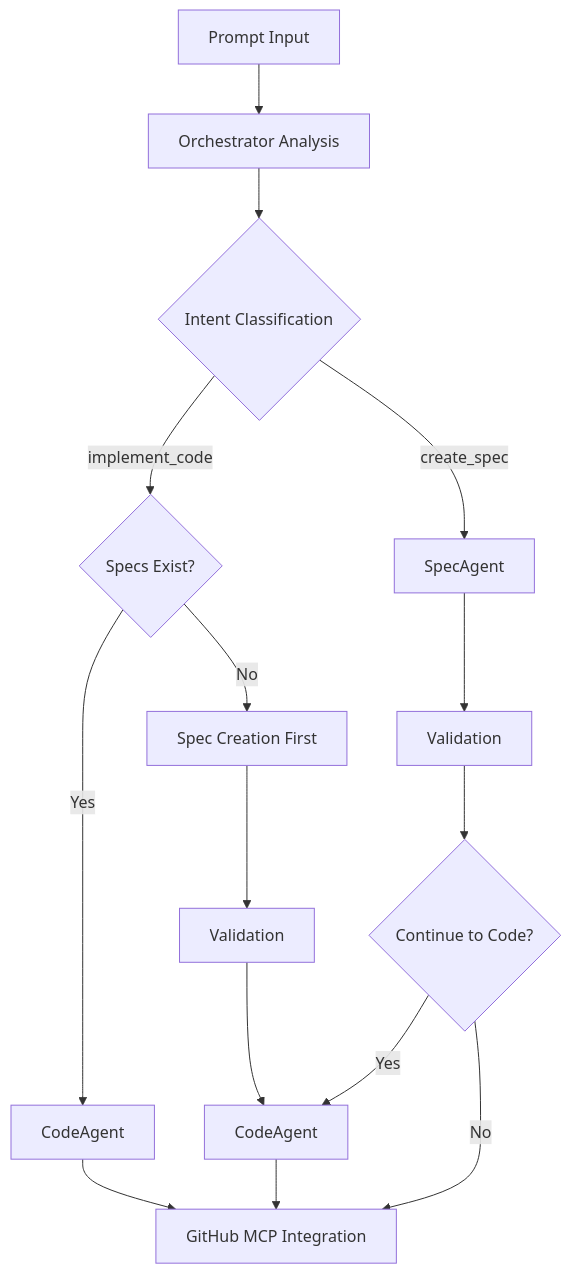
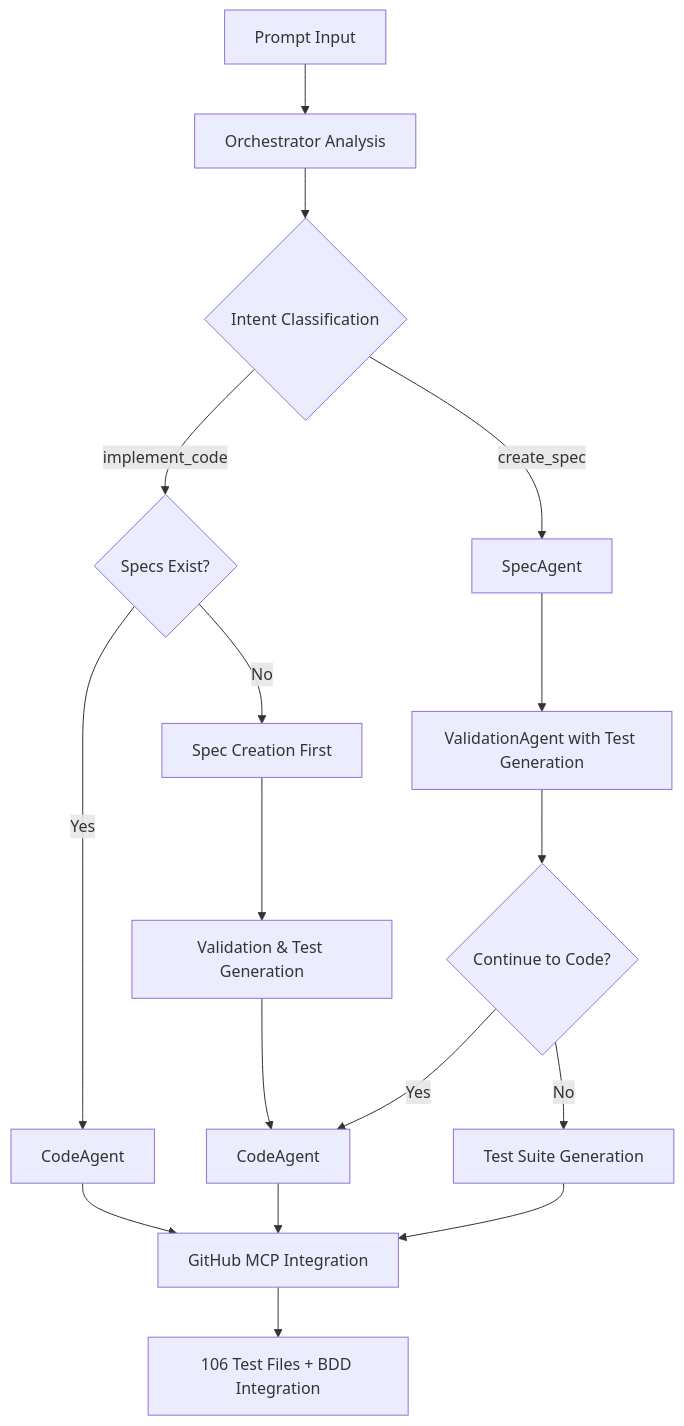
One commit to vrushalisarfare/PromptToProduct changed the second of 2 diagrams in README.md. Above: the diagram before and after it, drawn with Mermaid. The commit also changed other lines of this file, not shown here.

First line of the commit message:
docs(readme): add enhanced test generation framework and ValidationAgent documentation

````diff
--- a/README.md
+++ b/README.md
@@ -72,17 +178,19 @@
 ```mermaid
 graph TD
     A[Prompt Input] --> B[Orchestrator Analysis]
     B --> C{Intent Classification}
     C -->|create_spec| D[SpecAgent]
     C -->|implement_code| E{Specs Exist?}
     E -->|Yes| F[CodeAgent]
     E -->|No| G[Spec Creation First]
-    G --> H[Validation]
+    G --> H[Validation & Test Generation]
     H --> I[CodeAgent]
-    D --> J[Validation]
+    D --> J[ValidationAgent with Test Generation]
     F --> K[GitHub MCP Integration]
     I --> K
     J --> L{Continue to Code?}
     L -->|Yes| I
-    L -->|No| K
+    L -->|No| M[Test Suite Generation]
+    M --> K
+    K --> N[106 Test Files + BDD Integration]
 ```
````
